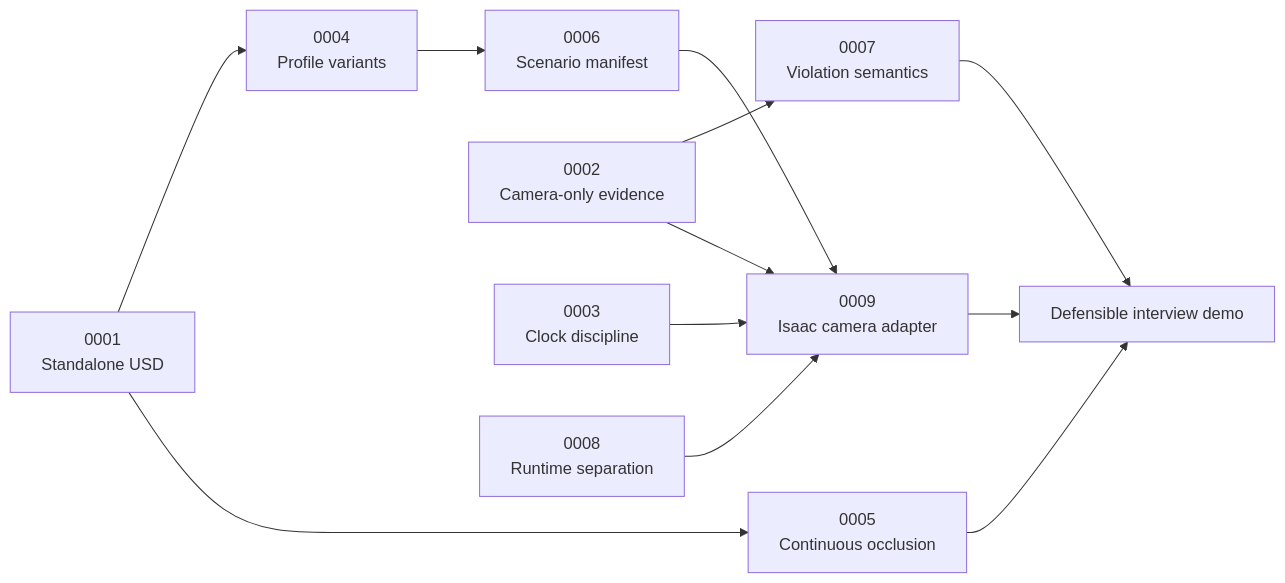
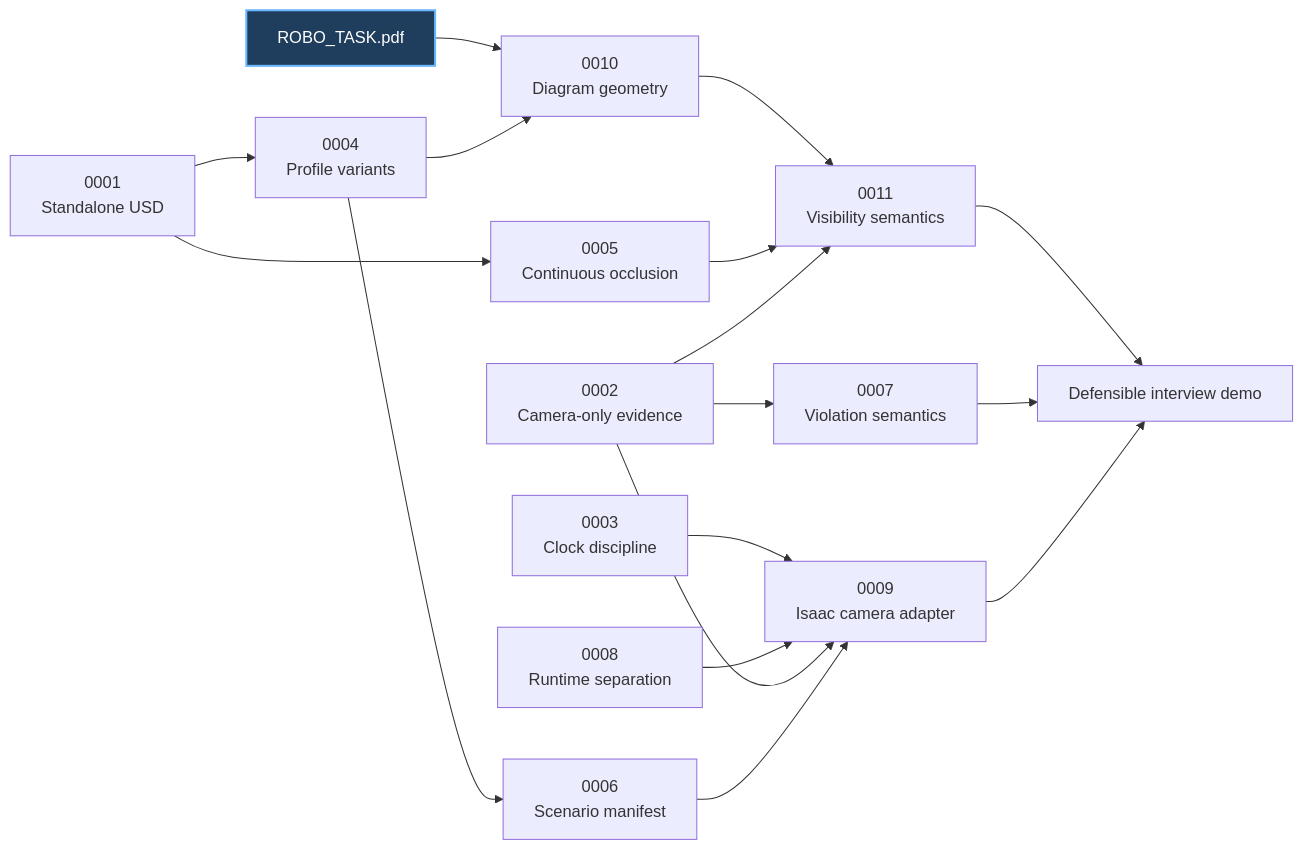
One commit to alexandergmzx/corridor-twin changed the diagram in docs/adr/README.md. Above: the diagram before and after it, drawn with Mermaid. The commit also changed other lines of this file and 6 other files, not shown here.

````diff
--- a/docs/adr/README.md
+++ b/docs/adr/README.md
@@ -20,17 +22,26 @@
 ```mermaid
 flowchart LR
     A1["0001<br/>Standalone USD"] --> A4["0004<br/>Profile variants"]
     A4 --> A6["0006<br/>Scenario manifest"]
 
     A2["0002<br/>Camera-only evidence"] --> A7["0007<br/>Violation semantics"]
     A3["0003<br/>Clock discipline"] --> A9["0009<br/>Isaac camera adapter"]
     A8["0008<br/>Runtime separation"] --> A9
     A2 --> A9
     A6 --> A9
 
     A1 --> A5["0005<br/>Continuous occlusion"]
 
-    A5 --> Demo["Defensible interview demo"]
+    Task["ROBO_TASK.pdf"] --> A10["0010<br/>Diagram geometry"]
+    A4 --> A10
+    A10 --> A11["0011<br/>Visibility semantics"]
+    A5 --> A11
+    A2 --> A11
+
+    A11 --> Demo["Defensible interview demo"]
     A7 --> Demo
     A9 --> Demo
+
+    classDef source fill:#1f3d5c,color:#ffffff,stroke:#6bb6ff,stroke-width:2px;
+    class Task source;
 ```
````
